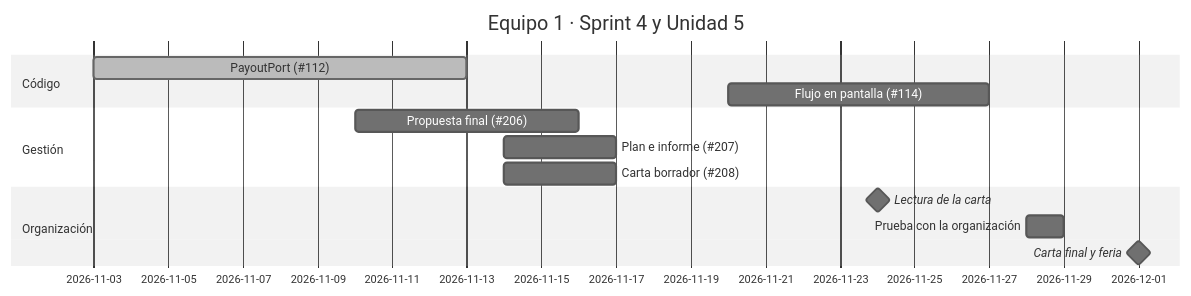
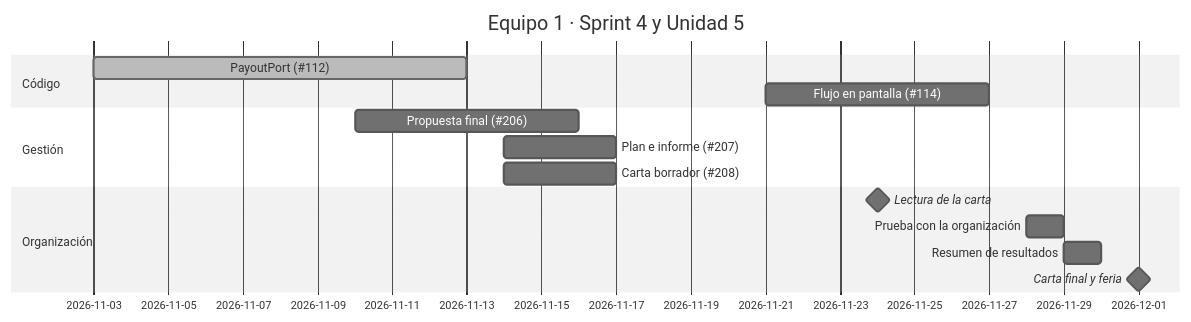
The diagram in docs/gestion/equipo-1/propuesta.md (Angeeell-01/yucu-protocol), drawn with Mermaid (neutral theme) before and after one commit. The commit also changed other lines of this file and 3 other files, not shown here.

````diff
--- a/docs/gestion/equipo-1/propuesta.md
+++ b/docs/gestion/equipo-1/propuesta.md
@@ -93,16 +102,17 @@
 ```mermaid
 gantt
   title Equipo 1 · Sprint 4 y Unidad 5
   dateFormat YYYY-MM-DD
   section Código
   PayoutPort (#112)            :done, e1, 2026-11-03, 2026-11-13
-  Flujo en pantalla (#114)     :e5, 2026-11-20, 2026-11-27
+  Flujo en pantalla (#114)     :e6, 2026-11-21, 2026-11-27
   section Gestión
   Propuesta final (#206)       :e2, 2026-11-10, 2026-11-16
   Plan e informe (#207)        :e3, 2026-11-14, 2026-11-17
   Carta borrador (#208)        :e4, 2026-11-14, 2026-11-17
   section Organización
-  Lectura de la carta          :milestone, l1, 2026-11-24, 0d
-  Prueba con la organización   :e6, 2026-11-28, 1d
-  Carta final y feria          :milestone, e7, 2026-12-01, 0d
+  Lectura de la carta          :milestone, e5, 2026-11-24, 0d
+  Prueba con la organización   :e7, 2026-11-28, 1d
+  Resumen de resultados        :e8, 2026-11-29, 2026-11-30
+  Carta final y feria          :milestone, e9, 2026-12-01, 0d
 ```
````
